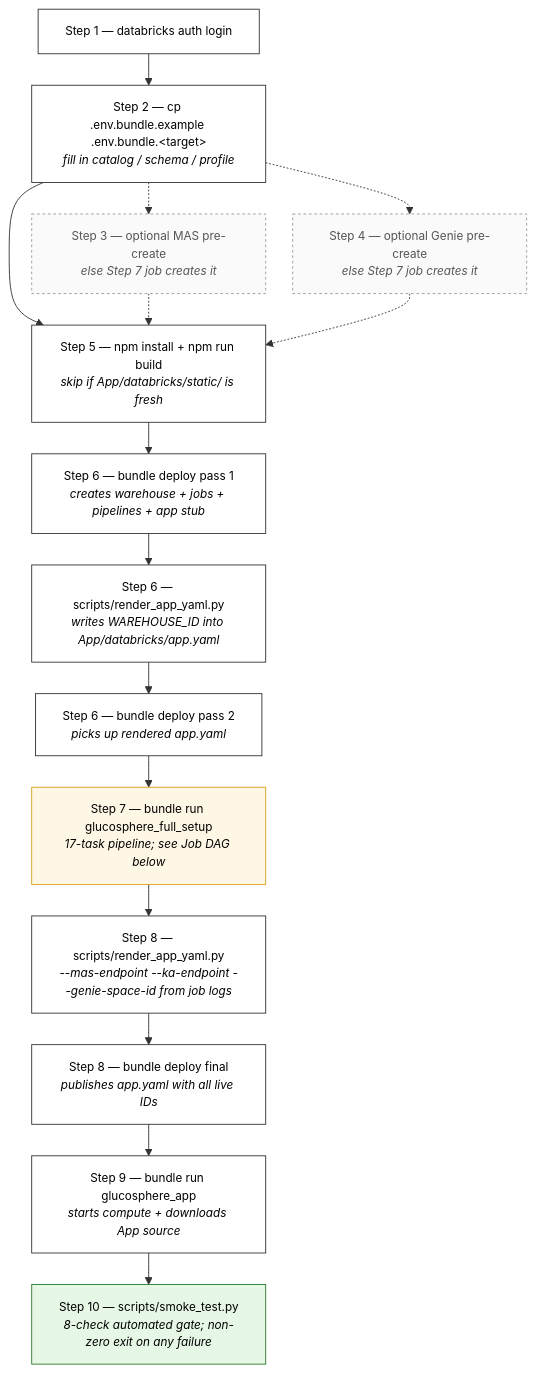
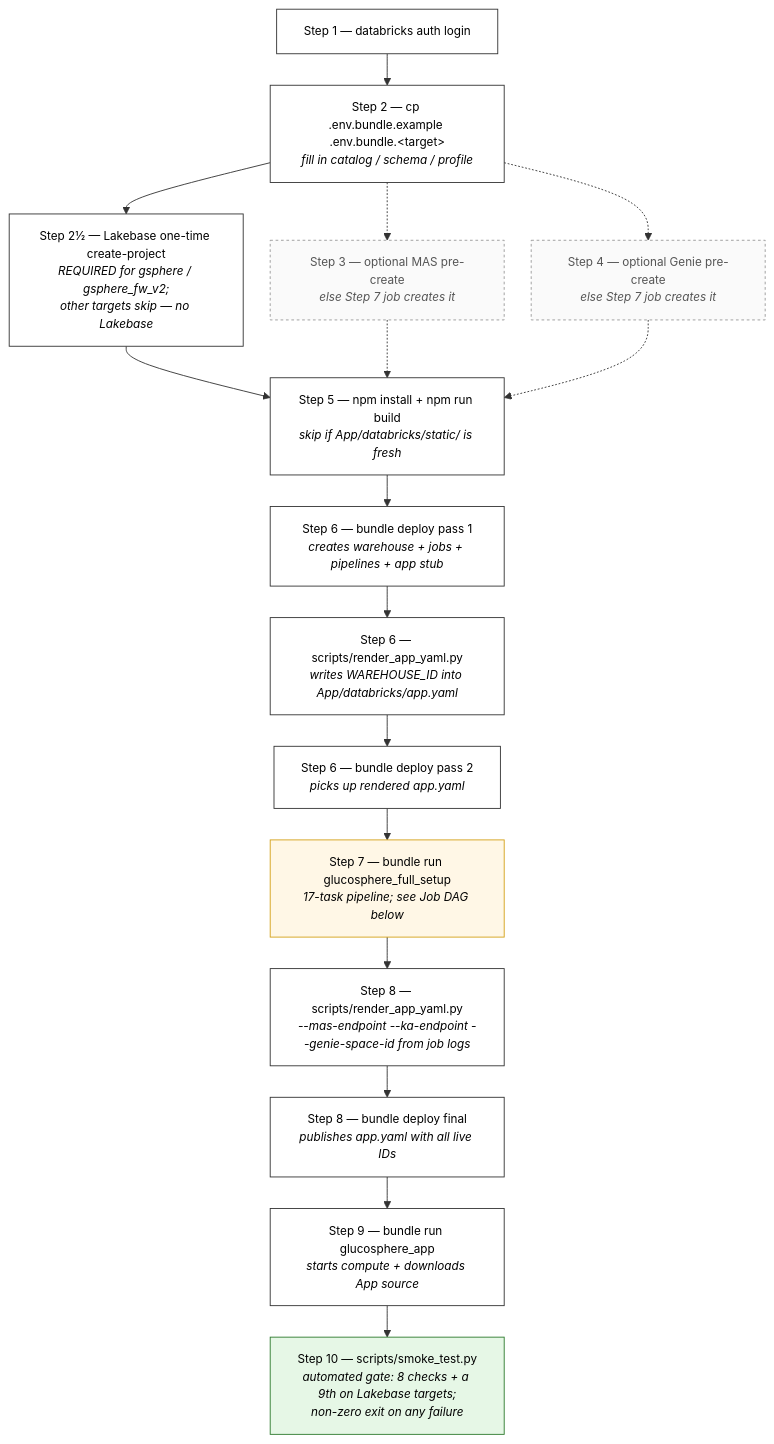
Before and after one commit to databricks-industry-solutions/glucosphere: the first of 3 diagrams in DEPLOY.md, drawn with Mermaid. The commit also changed other lines of this file and 7 other files, not shown here.

````diff
--- a/DEPLOY.md
+++ b/DEPLOY.md
@@ -11,28 +11,29 @@
 ```mermaid
 %%{init: {'flowchart': {'nodeSpacing': 30, 'rankSpacing': 35}, 'themeVariables': {'fontSize': '13px'}}}%%
 flowchart TD
     classDef cmd fill:#fff,stroke:#333,stroke-width:1px,color:#000
     classDef wait fill:#fff7e6,stroke:#d4a017,stroke-width:1px,color:#000
     classDef gate fill:#e6f7e6,stroke:#2d7a2d,stroke-width:1px,color:#000
     classDef opt fill:#fafafa,stroke:#999,stroke-width:1px,stroke-dasharray:3 3,color:#555
 
     S1[Step 1 — databricks auth login]:::cmd
     S2[Step 2 — cp .env.bundle.example .env.bundle.&lt;target&gt;<br/><i>fill in catalog / schema / profile</i>]:::cmd
+    S2L[Step 2½ — Lakebase one-time create-project<br/><i>REQUIRED for gsphere / gsphere_fw_v2;<br/>other targets skip — no Lakebase</i>]:::cmd
     S3[Step 3 — optional MAS pre-create<br/><i>else Step 7 job creates it</i>]:::opt
     S4[Step 4 — optional Genie pre-create<br/><i>else Step 7 job creates it</i>]:::opt
     S5[Step 5 — npm install + npm run build<br/><i>skip if App/databricks/static/ is fresh</i>]:::cmd
     A[Step 6 — bundle deploy pass 1<br/><i>creates warehouse + jobs + pipelines + app stub</i>]:::cmd
     B[Step 6 — scripts/render_app_yaml.py<br/><i>writes WAREHOUSE_ID into App/databricks/app.yaml</i>]:::cmd
     C[Step 6 — bundle deploy pass 2<br/><i>picks up rendered app.yaml</i>]:::cmd
     D[Step 7 — bundle run glucosphere_full_setup<br/><i>17-task pipeline; see Job DAG below</i>]:::wait
     E[Step 8 — scripts/render_app_yaml.py<br/><i>--mas-endpoint --ka-endpoint --genie-space-id from job logs</i>]:::cmd
     F[Step 8 — bundle deploy final<br/><i>publishes app.yaml with all live IDs</i>]:::cmd
     G[Step 9 — bundle run glucosphere_app<br/><i>starts compute + downloads App source</i>]:::cmd
-    H[Step 10 — scripts/smoke_test.py<br/><i>8-check automated gate; non-zero exit on any failure</i>]:::gate
+    H[Step 10 — scripts/smoke_test.py<br/><i>automated gate: 8 checks + a 9th on Lakebase targets;<br/>non-zero exit on any failure</i>]:::gate
 
-    S1 --> S2 --> S5 --> A --> B --> C --> D --> E --> F --> G --> H
+    S1 --> S2 --> S2L --> S5 --> A --> B --> C --> D --> E --> F --> G --> H
     S2 -.-> S3
     S2 -.-> S4
     S3 -.-> S5
     S4 -.-> S5
 ```
````
